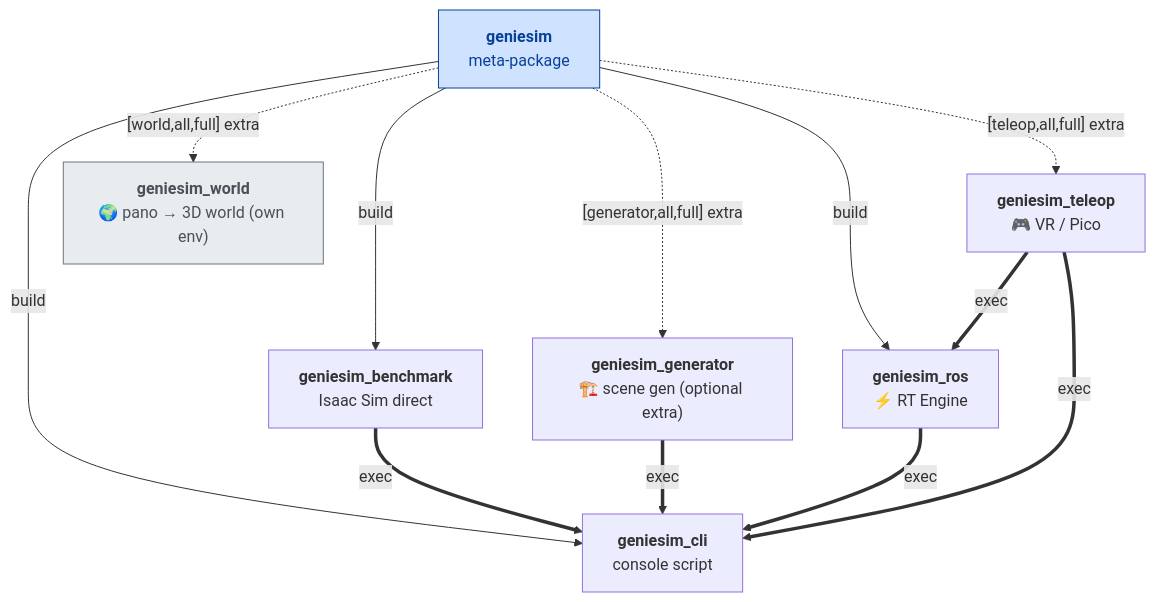
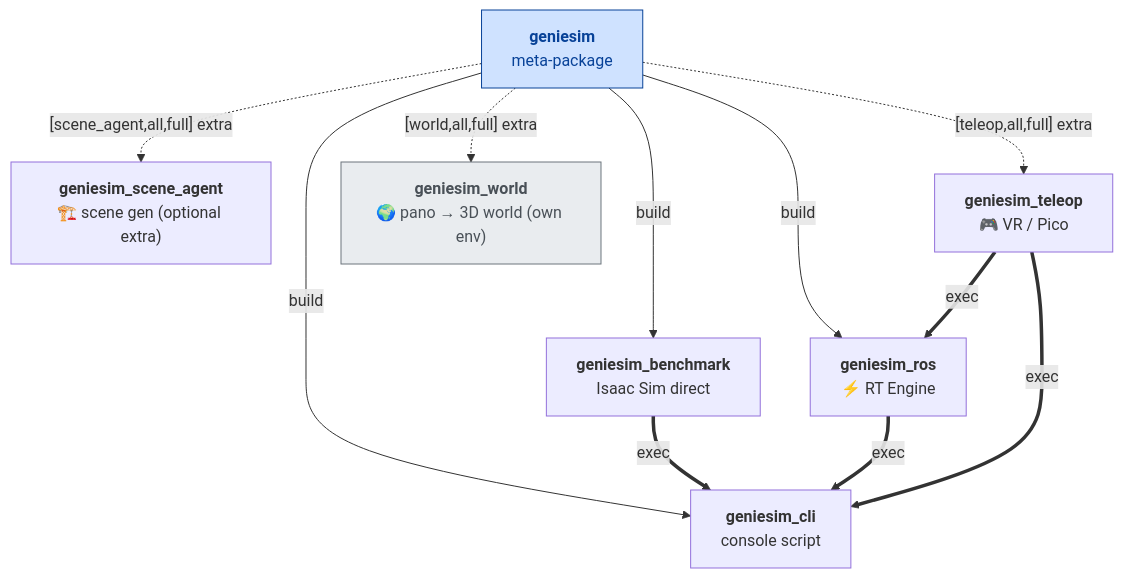
Before and after one commit to AgibotTech/genie_sim: the diagram in source/README.md, drawn with Mermaid. The commit also changed other lines of this file and 3151 other files, not shown here.

First line of the commit message:
feat(scene-agent): integrate scene authoring and task skill library

````diff
--- a/source/README.md
+++ b/source/README.md
@@ -68,35 +68,34 @@
 ```mermaid
 graph TD
   %% Auto-generated by `geniesim tool deps-dag --fix`.
   %% Edges: -->|build| build-system requires; ==>|exec| runtime deps;
   %%        -.->|[X] extra| optional extras.
   %% Source: source/geniesim_*/pyproject.toml + _ANNOTATIONS in
   %% source/geniesim_cli/src/geniesim_cli/commands/tool.py.
 
   geniesim["<b>geniesim</b><br/>meta-package"]
   geniesim_cli["<b>geniesim_cli</b><br/>console script"]
   geniesim_benchmark["<b>geniesim_benchmark</b><br/>Isaac Sim direct"]
-  geniesim_generator["<b>geniesim_generator</b><br/>🏗️ scene gen (optional extra)"]
   geniesim_ros["<b>geniesim_ros</b><br/>⚡ RT Engine"]
+  geniesim_scene_agent["<b>geniesim_scene_agent</b><br/>🏗️ scene gen (optional extra)"]
   geniesim_teleop["<b>geniesim_teleop</b><br/>🎮 VR / Pico"]
   geniesim_world["<b>geniesim_world</b><br/>🌍 pano → 3D world (own env)"]
 
   geniesim -->|build| geniesim_cli
   geniesim -->|build| geniesim_benchmark
   geniesim -->|build| geniesim_ros
   geniesim_benchmark ==>|exec| geniesim_cli
-  geniesim_generator ==>|exec| geniesim_cli
   geniesim_ros ==>|exec| geniesim_cli
   geniesim_teleop ==>|exec| geniesim_cli
   geniesim_teleop ==>|exec| geniesim_ros
   geniesim -."[teleop,all,full] extra".-> geniesim_teleop
-  geniesim -."[generator,all,full] extra".-> geniesim_generator
+  geniesim -."[scene_agent,all,full] extra".-> geniesim_scene_agent
   geniesim -."[world,all,full] extra".-> geniesim_world
 
   classDef legacy fill:#fff3cd,stroke:#856404,color:#856404
   classDef leaf fill:#e9ecef,stroke:#6c757d,color:#495057
   classDef placeholder fill:#f8d7da,stroke:#842029,color:#842029
   classDef umbrella fill:#cfe2ff,stroke:#084298,color:#084298
   class geniesim_world leaf
   class geniesim umbrella
 ```
````
